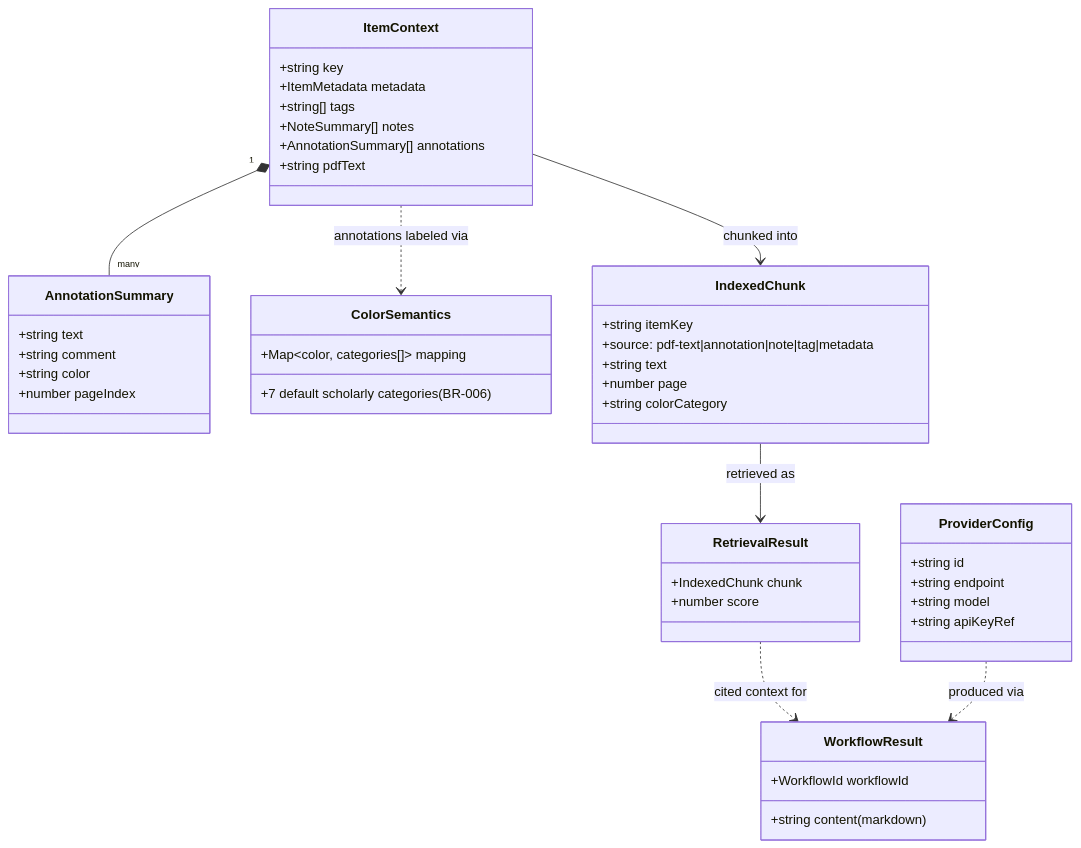
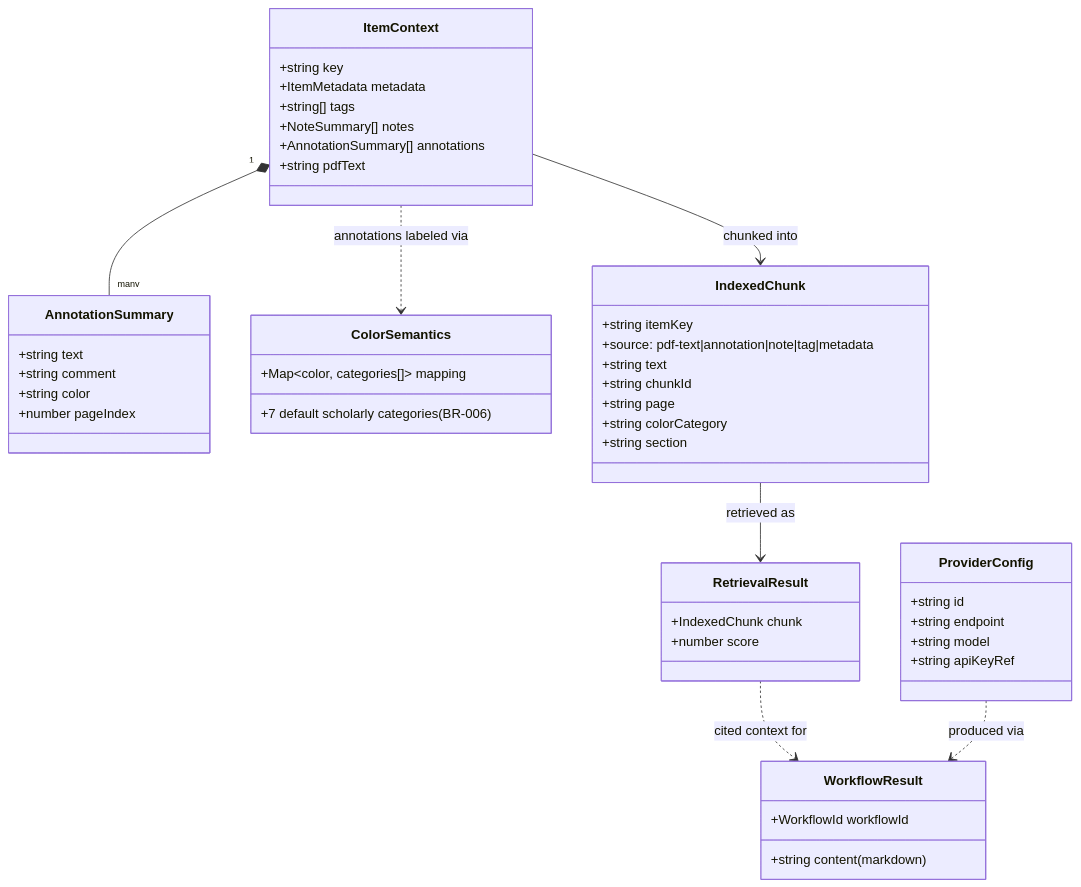
The first of 2 diagrams in docs/architecture/04-data-view.md (theUpsider/zotero-agent), drawn with Mermaid before and after one commit. The commit also changed other lines of this file and 44 other files, not shown here.

````diff
--- a/docs/architecture/04-data-view.md
+++ b/docs/architecture/04-data-view.md
@@ -10,49 +10,51 @@
 ```mermaid
 classDiagram
     class ItemContext {
         +string key
         +ItemMetadata metadata
         +string[] tags
         +NoteSummary[] notes
         +AnnotationSummary[] annotations
         +string pdfText
     }
     class AnnotationSummary {
         +string text
         +string comment
         +string color
         +number pageIndex
     }
     class ColorSemantics {
         +Map~color, categories[]~ mapping
         +7 default scholarly categories (BR-006)
     }
     class IndexedChunk {
         +string itemKey
         +source: pdf-text|annotation|note|tag|metadata
         +string text
-        +number page
+        +string chunkId
+        +string page
         +string colorCategory
+        +string section
     }
     class RetrievalResult {
         +IndexedChunk chunk
         +number score
     }
     class ProviderConfig {
         +string id
         +string endpoint
         +string model
         +string apiKeyRef
     }
     class WorkflowResult {
         +WorkflowId workflowId
         +string content  (markdown)
     }
 
     ItemContext "1" *-- "many" AnnotationSummary
     ItemContext ..> ColorSemantics : annotations labeled via
     ItemContext --> IndexedChunk : chunked into
     IndexedChunk --> RetrievalResult : retrieved as
     RetrievalResult ..> WorkflowResult : cited context for
     ProviderConfig ..> WorkflowResult : produced via
 ```
````
